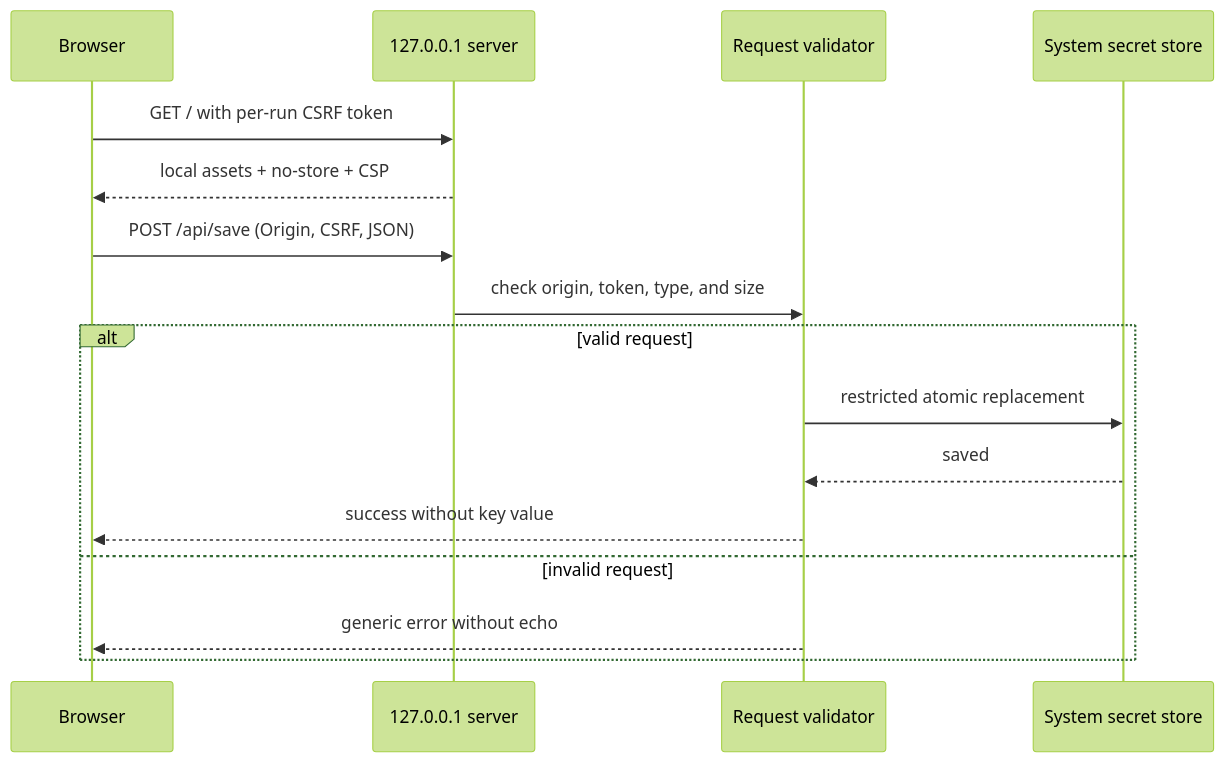
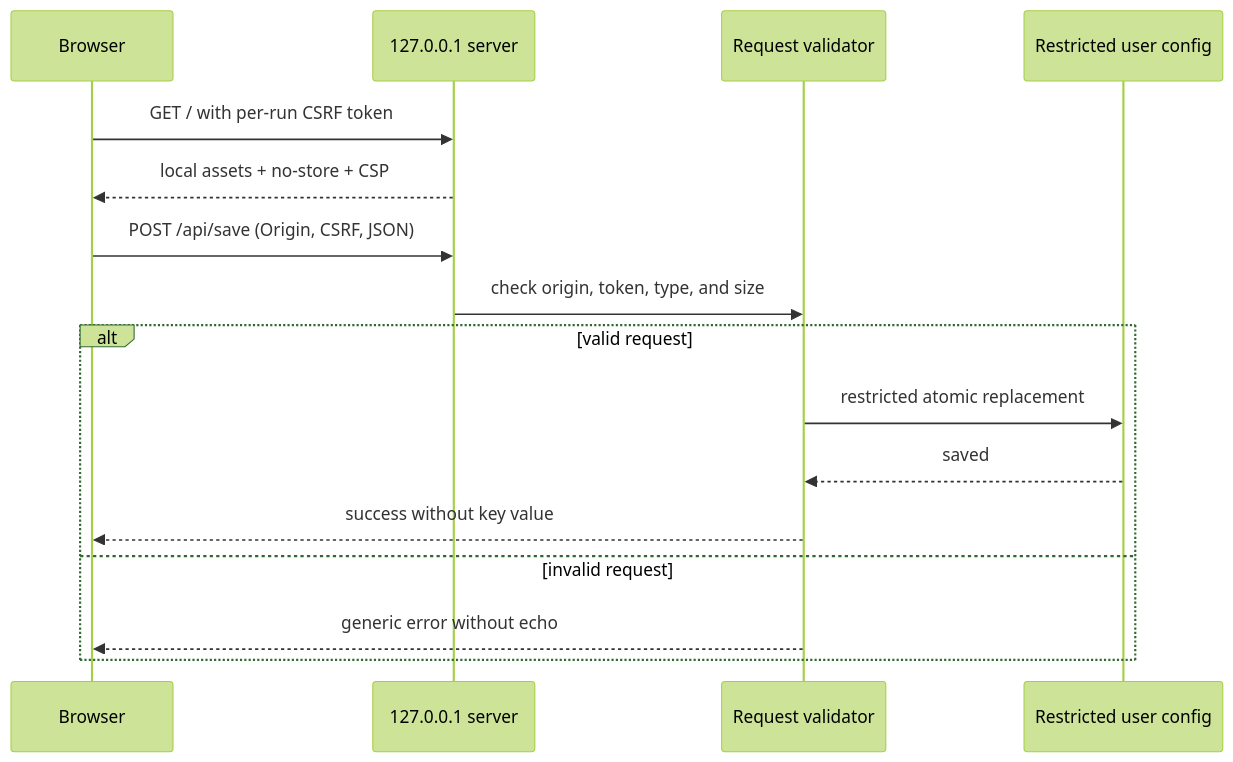
Before and after one commit to full-stack-plugins/stitch-design-plugin: the third of 6 diagrams in docs/Stitch-Design-Technical-Solution.md, drawn with Mermaid (forest theme). The commit also changed 11 other files, not shown here.

````diff
--- a/docs/Stitch-Design-Technical-Solution.md
+++ b/docs/Stitch-Design-Technical-Solution.md
@@ -90,18 +90,18 @@
 ```mermaid
 sequenceDiagram
     participant B as Browser
     participant H as 127.0.0.1 server
     participant V as Request validator
-    participant F as System secret store
+    participant F as Restricted user config
     B->>H: GET / with per-run CSRF token
     H-->>B: local assets + no-store + CSP
     B->>H: POST /api/save (Origin, CSRF, JSON)
     H->>V: check origin, token, type, and size
     alt valid request
       V->>F: restricted atomic replacement
       F-->>V: saved
       V-->>B: success without key value
     else invalid request
       V-->>B: generic error without echo
     end
 ```
````
